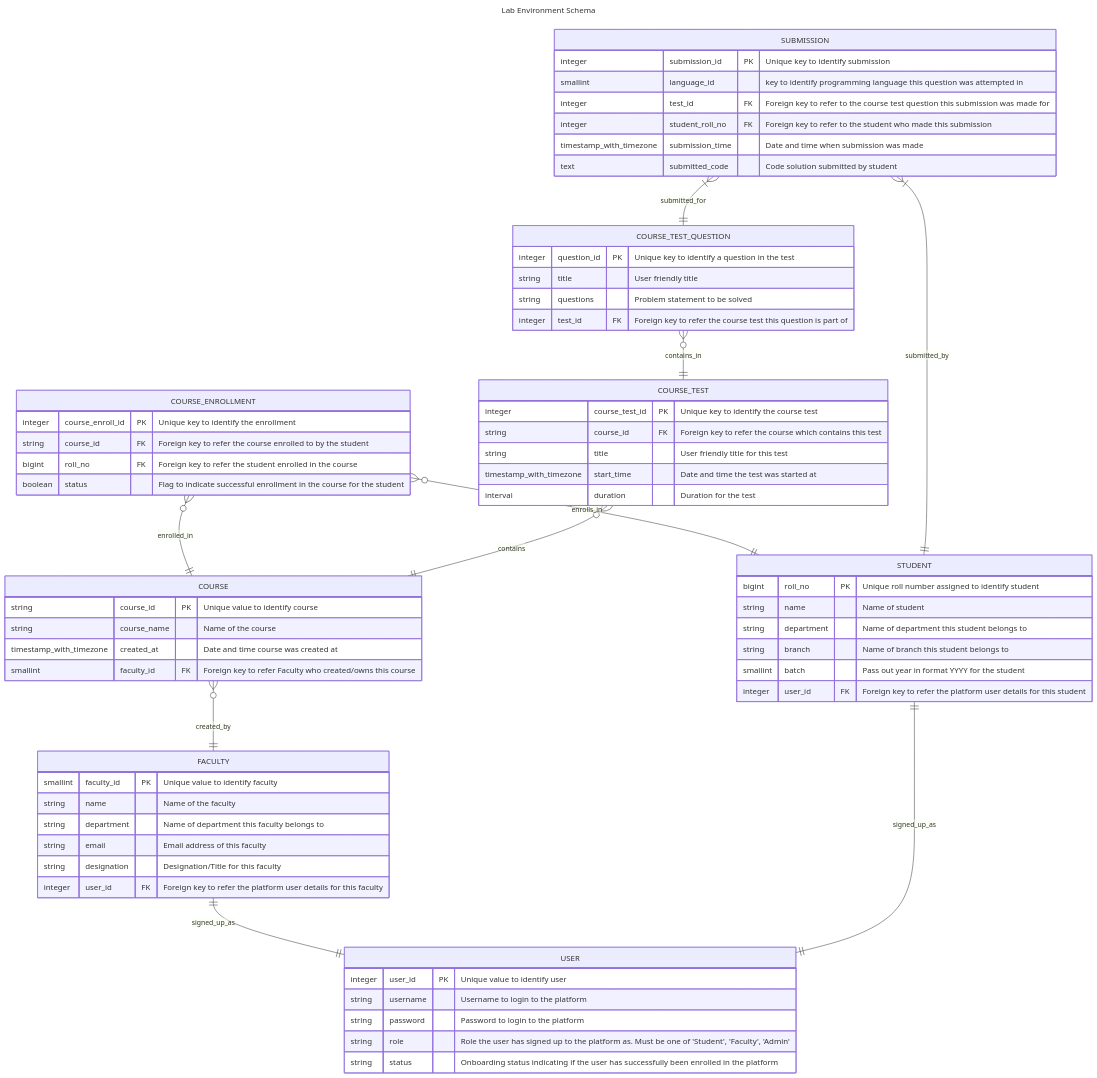
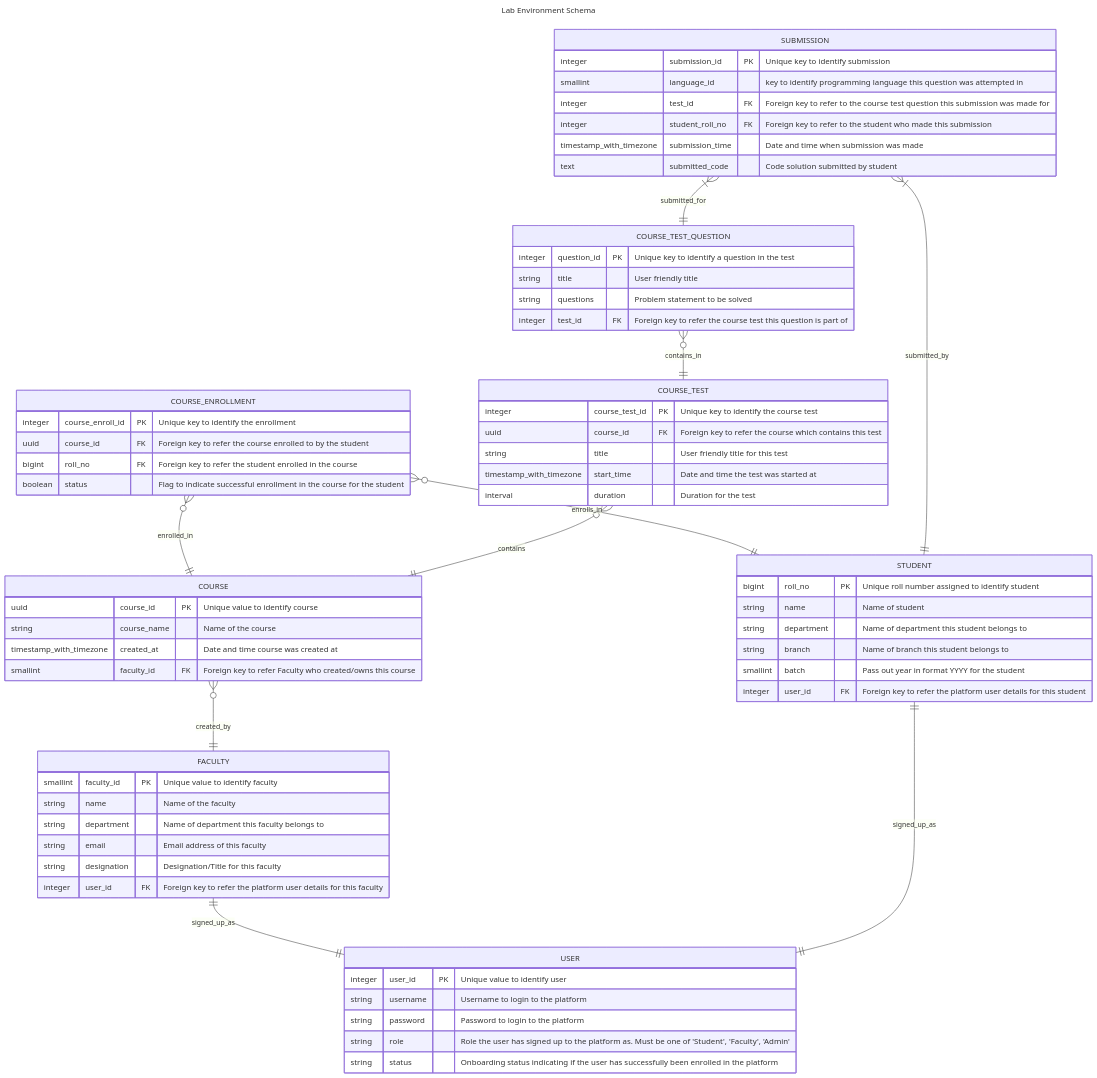
The diagram in README.md (dineshsanthanam07/Online_Lab_Envi), drawn with Mermaid before and after one commit. The commit also changed 14 other files, not shown here.

````diff
--- a/README.md
+++ b/README.md
@@ -15,72 +15,72 @@
 ```mermaid
 ---
 title: Lab Environment Schema
 ---
 erDiagram
     COURSE }O--|| FACULTY : created_by
     COURSE {
-        string course_id PK "Unique value to identify course"
+        uuid course_id PK "Unique value to identify course"
         string course_name "Name of the course"
         timestamp_with_timezone created_at "Date and time course was created at"
         smallint faculty_id FK "Foreign key to refer Faculty who created/owns this course"
     }
     FACULTY ||--|| USER : signed_up_as
     FACULTY {
         smallint faculty_id PK "Unique value to identify faculty"
         string name "Name of the faculty"
         string department "Name of department this faculty belongs to"
         string email "Email address of this faculty"
         string designation "Designation/Title for this faculty"
         integer user_id FK "Foreign key to refer the platform user details for this faculty"
     }
     USER
     USER {
         integer user_id PK "Unique value to identify user"
         string username "Username to login to the platform"
         string password "Password to login to the platform"
         string role "Role the user has signed up to the platform as. Must be one of 'Student', 'Faculty', 'Admin'"
         string status "Onboarding status indicating if the user has successfully been enrolled in the platform"
     }
     STUDENT ||--|| USER : signed_up_as
     STUDENT {
         bigint roll_no PK "Unique roll number assigned to identify student"
         string name "Name of student"
         string department "Name of department this student belongs to"
         string branch "Name of branch this student belongs to"
         smallint batch "Pass out year in format YYYY for the student"
         integer user_id FK "Foreign key to refer the platform user details for this student"
     }
     COURSE_ENROLLMENT }O--|| STUDENT : enrolls_in
     COURSE_ENROLLMENT }O--|| COURSE : enrolled_in
     COURSE_ENROLLMENT {
         integer course_enroll_id PK "Unique key to identify the enrollment"
-        string course_id FK "Foreign key to refer the course enrolled to by the student"
+        uuid course_id FK "Foreign key to refer the course enrolled to by the student"
         bigint roll_no FK "Foreign key to refer the student enrolled in the course"
         boolean status "Flag to indicate successful enrollment in the course for the student"
     }
     COURSE_TEST }O--|| COURSE : contains
     COURSE_TEST {
         integer course_test_id PK "Unique key to identify the course test"
-        string course_id FK "Foreign key to refer the course which contains this test"
+        uuid course_id FK "Foreign key to refer the course which contains this test"
         string title "User friendly title for this test"
         timestamp_with_timezone start_time "Date and time the test was started at"
         interval duration "Duration for the test"
     }
     COURSE_TEST_QUESTION }o--|| COURSE_TEST : contains_in
     COURSE_TEST_QUESTION {
         integer question_id PK "Unique key to identify a question in the test"
         string title "User friendly title"
         string questions "Problem statement to be solved"
         integer test_id FK "Foreign key to refer the course test this question is part of"
     }
     SUBMISSION }|--|| COURSE_TEST_QUESTION : submitted_for
     SUBMISSION }|--|| STUDENT : submitted_by
     SUBMISSION {
         integer submission_id PK "Unique key to identify submission"
         smallint language_id "key to identify programming language this question was attempted in"
         integer test_id FK "Foreign key to refer to the course test question this submission was made for"
         integer student_roll_no FK "Foreign key to refer to the student who made this submission"
         timestamp_with_timezone submission_time "Date and time when submission was made"
         text submitted_code "Code solution submitted by student"
     }
 ```
````
